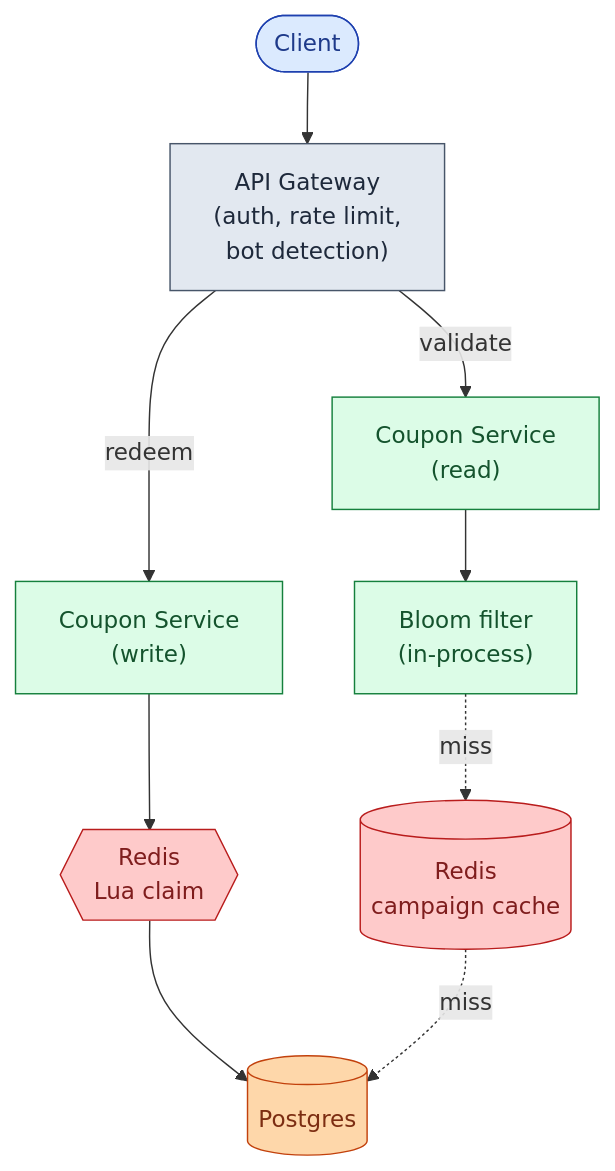
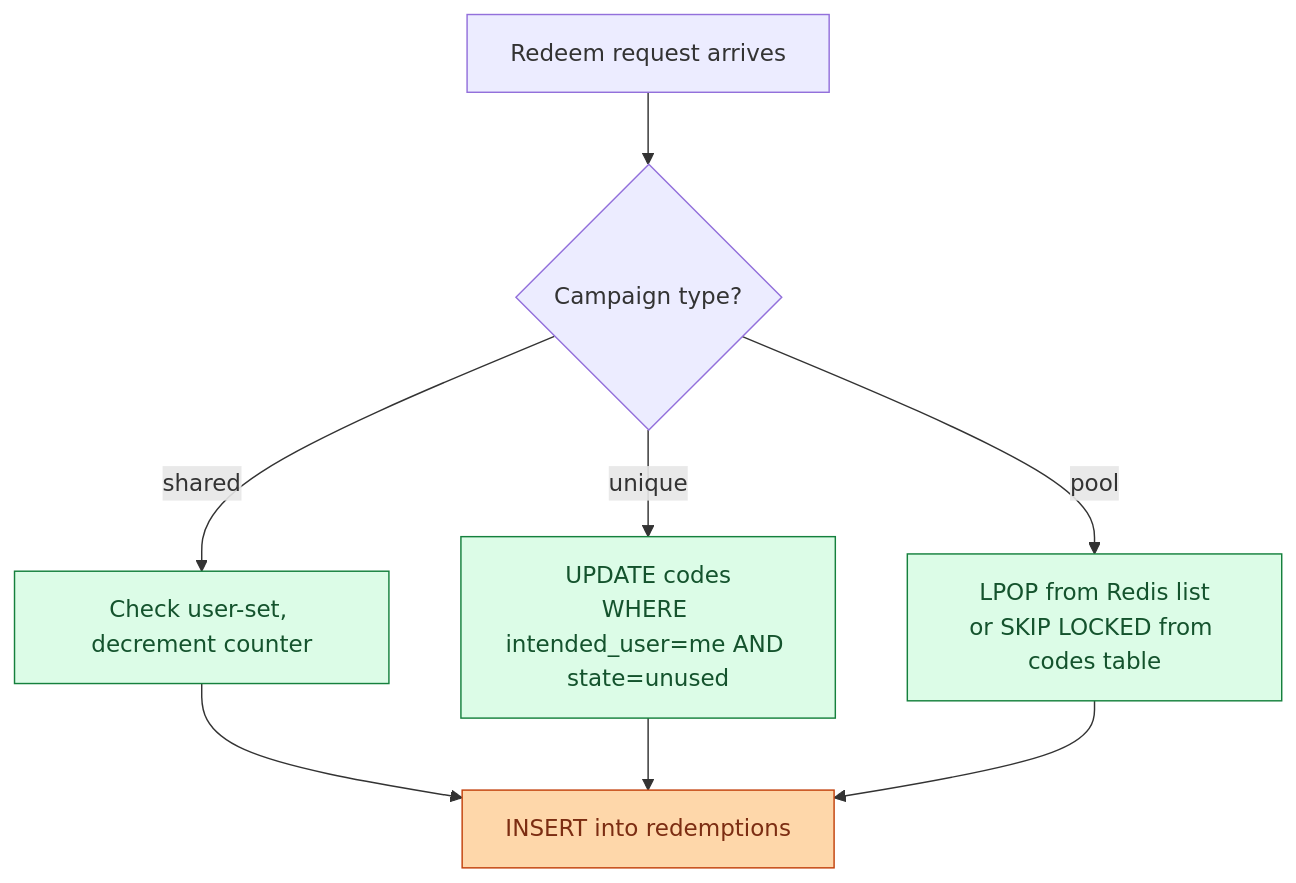
Before and after one commit to shiningflash/system-design: the eighth of 11 diagrams in problems/014-coupon-redemption/question.md, drawn with Mermaid. The commit also changed other lines of this file and 37 other files, not shown here.

````diff
--- a/problems/014-coupon-redemption/question.md
+++ b/problems/014-coupon-redemption/question.md
@@ -281,19 +329,13 @@
 ```mermaid
-flowchart TB
-    C([Client]):::user --> GW["API Gateway<br/>(auth, rate limit,<br/>bot detection)"]:::edge
-    GW -->|redeem| S["Coupon Service<br/>(write)"]:::app
-    GW -->|validate| R["Coupon Service<br/>(read)"]:::app
+flowchart TD
+    Start["Redeem request arrives"] --> T{"Campaign type?"}
+    T -->|shared| SC["Check user-set, decrement counter"]:::app
+    T -->|unique| UN["UPDATE codes<br/>WHERE intended_user=me AND state=unused"]:::app
+    T -->|pool| PO["LPOP from Redis list<br/>or SKIP LOCKED from codes table"]:::app
+    SC --> Write["INSERT into redemptions"]:::db
+    UN --> Write
+    PO --> Write
 
-    S --> Redis{{"Redis<br/>Lua claim"}}:::cache
-    Redis --> DB[("Postgres")]:::db
-
-    R --> Bloom["Bloom filter<br/>(in-process)"]:::app
-    Bloom -.miss.-> RCache[("Redis<br/>campaign cache")]:::cache
-    RCache -.miss.-> DB
-
-    classDef user  fill:#dbeafe,stroke:#1e40af,color:#1e3a8a
-    classDef edge  fill:#e2e8f0,stroke:#475569,color:#1e293b
-    classDef app   fill:#dcfce7,stroke:#15803d,color:#14532d
-    classDef db    fill:#fed7aa,stroke:#c2410c,color:#7c2d12
-    classDef cache fill:#fecaca,stroke:#b91c1c,color:#7f1d1d
+    classDef app fill:#dcfce7,stroke:#15803d,color:#14532d
+    classDef db  fill:#fed7aa,stroke:#c2410c,color:#7c2d12
 ```
````
